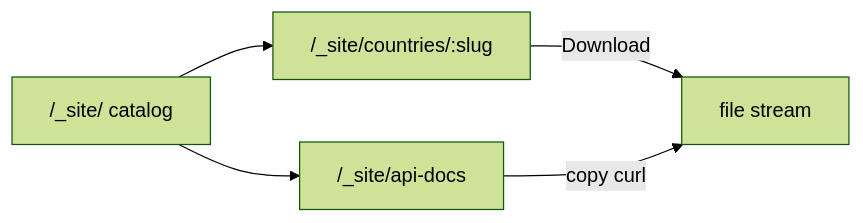
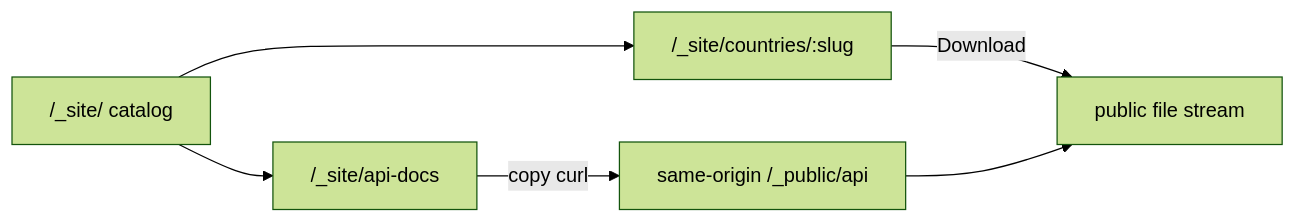
Diagram 11 of 11 in docs/06-diagrams.md (komeilm76/mapirror), drawn with Mermaid (forest theme) before and after one commit. The commit also changed other lines of this file and 6 other files, not shown here.

Commit message:
docs: reverify API contracts and refresh diagrams

````diff
--- a/docs/06-diagrams.md
+++ b/docs/06-diagrams.md
@@ -168,7 +210,8 @@
 ```mermaid
 flowchart LR
   home["/_site/ catalog"] --> country["/_site/countries/:slug"]
   home --> apidocs["/_site/api-docs"]
-  country -->|Download| file["file stream"]
-  apidocs -->|copy curl| file
+  country -->|Download| file["public file stream"]
+  apidocs -->|copy curl| api["same-origin /_public/api"]
+  api --> file
 ```
````
